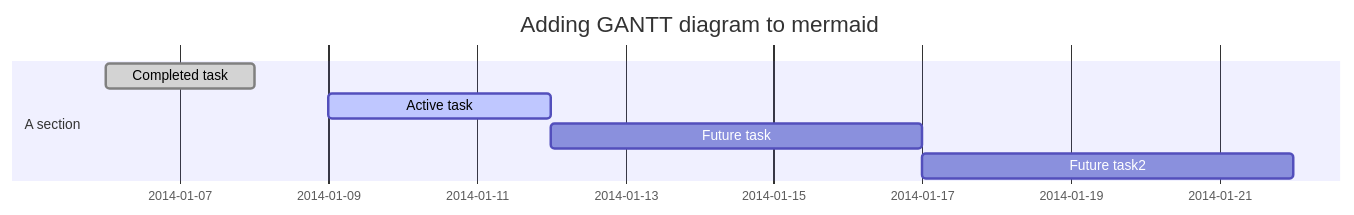
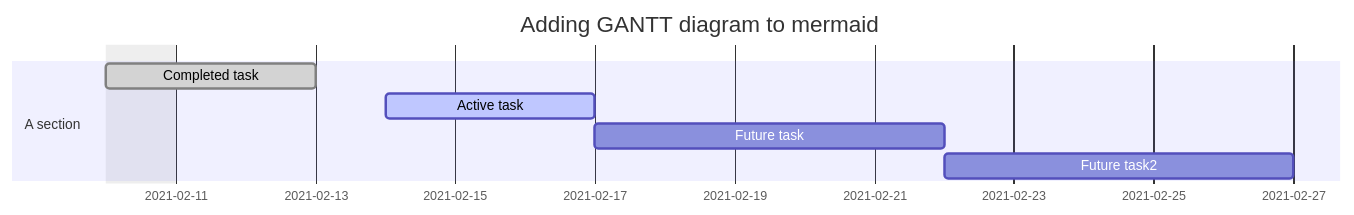
Before and after one commit to elaes/workIS: the diagram in README.md, drawn with Mermaid.

````diff
--- a/README.md
+++ b/README.md
@@ -4,12 +4,12 @@
 ```mermaid
 gantt
 dateFormat  YYYY-MM-DD
 title Adding GANTT diagram to mermaid
 excludes weekdays 2021-02-10
 
 section A section
-Completed task            :done,    des1, 2014-01-06,2014-01-08
-Active task               :active,  des2, 2014-01-09, 3d
+Completed task            :done,    des1, 2021-02-10,2021-02-13
+Active task               :active,  des2, 2021-02-14, 3d
 Future task               :         des3, after des2, 5d
 Future task2               :         des4, after des3, 5d
 ```
````
